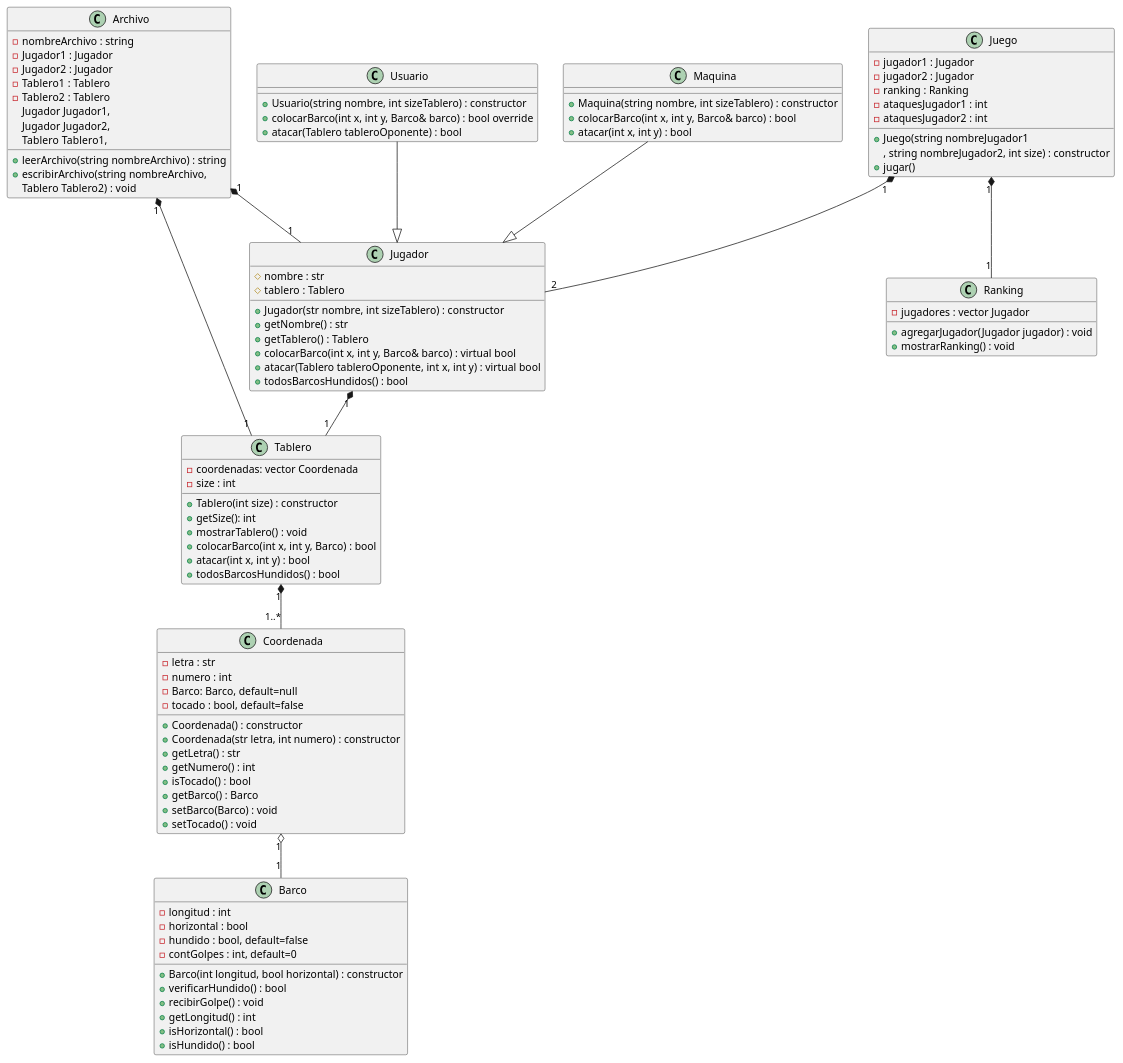
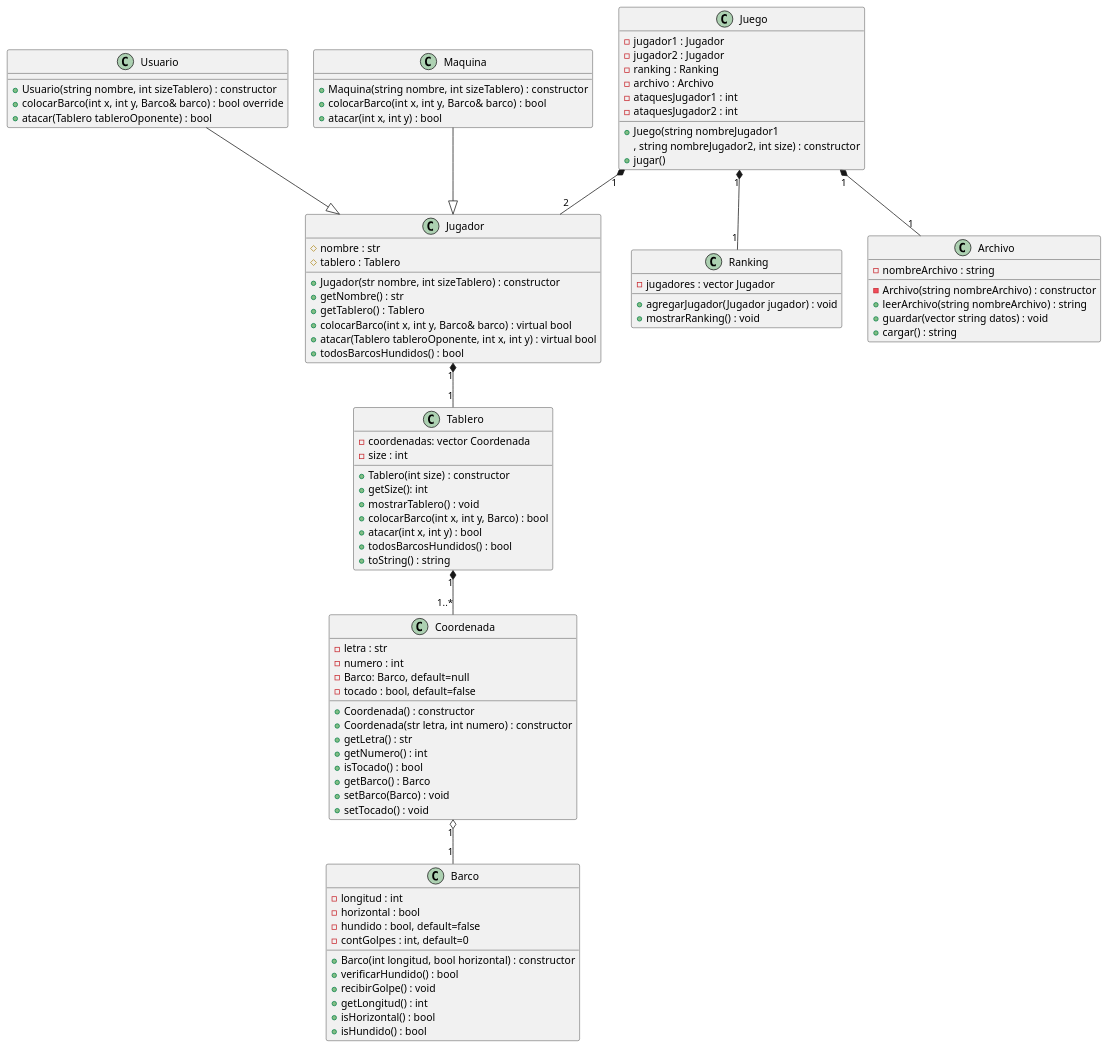
One commit to santiago6124/ProyectoFinalProg2 changed the diagram in docs/diagram_v-review.wsd. Above: the diagram before and after it, drawn with PlantUML.

Commit message:
diagram updated

```diff
--- a/docs/diagram_v-review.wsd
+++ b/docs/diagram_v-review.wsd
@@ -1,141 +1,137 @@
 @startuml
 
 ' -			private
 ' #			protected
 ' ~			package private
 ' +			public
 
 class Tablero {
     - coordenadas: vector Coordenada
     - size : int
         ' // tamaño del tablero
     + Tablero(int size) : constructor
         '   -> inicializa objetos Coordenada en coordenadas
     + getSize(): int
         '   -> return size
     + mostrarTablero() : void
         '   -> mostrarTablero: imprime el tablero, validando: coord.getBarco(), coord.isTocado()
     + colocarBarco(int x, int y, Barco) : bool
         '   -> Coordenas.setBarco, ¿¿¿ barco.agregarCoordenada ???
     + atacar(int x, int y) : bool
         '   -> Coordenas.setBarco, coord.setTocado(true), coord.getBarco()->recibirGolpe()
     + todosBarcosHundidos() : bool
         '   -> return all barco.isHundido()
+    + toString() : string
+        '   -> return "Tablero"
 }
 
 class Coordenada {
     - letra : str
     - numero : int
     - Barco: Barco, default=null
     - tocado : bool, default=false
     + Coordenada() : constructor
         '   
     + Coordenada(str letra, int numero) : constructor
         '   -> letra_, numero_
     + getLetra() : str
         '   -> return letra
     + getNumero() : int
         '   -> return numero
     + isTocado() : bool
         '   -> return tocado
     + getBarco() : Barco
         '   -> return barco
     + setBarco(Barco) : void
         '   -> this->barco = barco
     + setTocado() : void
         '   -> this->tocado = tocado
 }
 
 Tablero "1" *-- "1..*" Coordenada
 
 class Barco {
     - longitud : int
         ' n coordenadas que ocupa
     - horizontal : bool 
         ' orientacion
     - hundido : bool, default=false
     - contGolpes : int, default=0
     + Barco(int longitud, bool horizontal) : constructor
         '   -> longitud_, horizontal_
     + verificarHundido() : bool
         '   -> return contGolpes == longitud
     + recibirGolpe() : void
         '   -> contGolpes++, validar si hundido asignar = true
     + getLongitud() : int
         '   -> return longitud
     + isHorizontal() : bool
         '   -> return horizontal
     + isHundido() : bool
         '   -> return hundido
 }
 
 Coordenada "1" o-- "1" Barco
 
 class Jugador {
     # nombre : str
     # tablero : Tablero
     + Jugador(str nombre, int sizeTablero) : constructor
         '   -> nombre_, sizeTablero_
     + getNombre() : str
     + getTablero() : Tablero
     + colocarBarco(int x, int y, Barco& barco) : virtual bool
     + atacar(Tablero tableroOponente, int x, int y) : virtual bool
     + todosBarcosHundidos() : bool
 }
 
 class Usuario {
     + Usuario(string nombre, int sizeTablero) : constructor
     + colocarBarco(int x, int y, Barco& barco) : bool override
     + atacar(Tablero tableroOponente) : bool
 }
 
 class Maquina {
     + Maquina(string nombre, int sizeTablero) : constructor
     + colocarBarco(int x, int y, Barco& barco) : bool
     + atacar(int x, int y) : bool
 }
 
 Usuario --|> Jugador
 Maquina --|> Jugador
 
 Jugador "1" *-- "1" Tablero
 
 class Juego {
     - jugador1 : Jugador
     - jugador2 : Jugador
     - ranking : Ranking
+    - archivo : Archivo
     - ataquesJugador1 : int
     - ataquesJugador2 : int
     + Juego(string nombreJugador1
         , string nombreJugador2, int size) : constructor
     + jugar()
 }
 
 Juego "1" *-- "2" Jugador
 
 class Ranking {
     - jugadores : vector Jugador
     + agregarJugador(Jugador jugador) : void
     + mostrarRanking() : void
 }
 
 Juego "1" *-- "1" Ranking
 
 class Archivo {
     - nombreArchivo : string
-    - Jugador1 : Jugador
-    - Jugador2 : Jugador
-    - Tablero1 : Tablero
-    - Tablero2 : Tablero
+    - Archivo(string nombreArchivo) : constructor
     + leerArchivo(string nombreArchivo) : string
-    + escribirArchivo(string nombreArchivo,
-     Jugador Jugador1,
-     Jugador Jugador2,
-     Tablero Tablero1,
-     Tablero Tablero2) : void
+    + guardar(vector string datos) : void
+    + cargar() : string
 }
 
-Archivo "1" *-- "1" Jugador
-Archivo "1" *-- "1" Tablero
+Juego "1" *-- "1" Archivo
 
 @enduml
```
